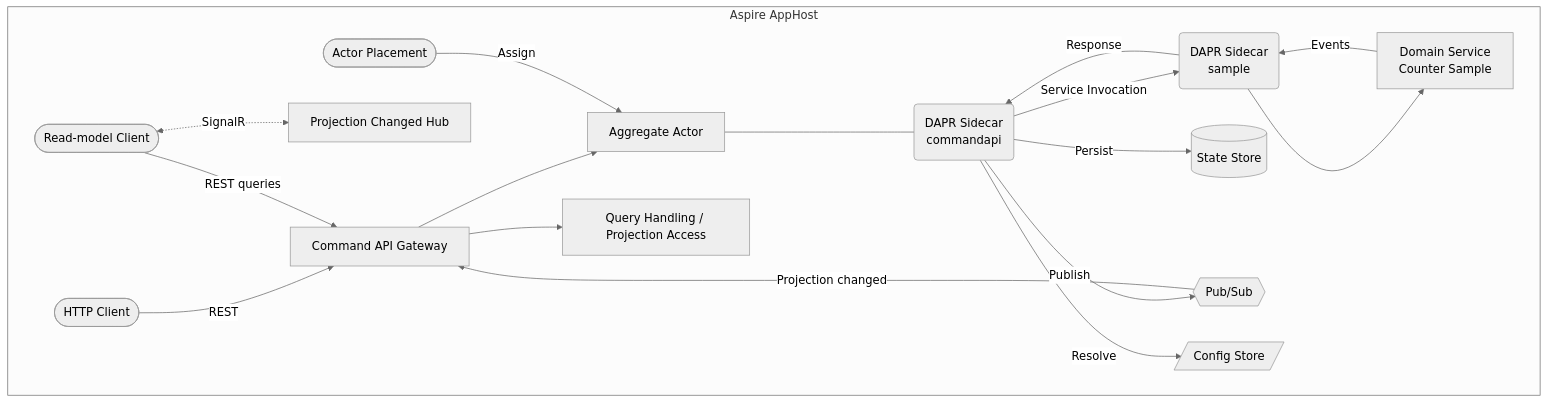
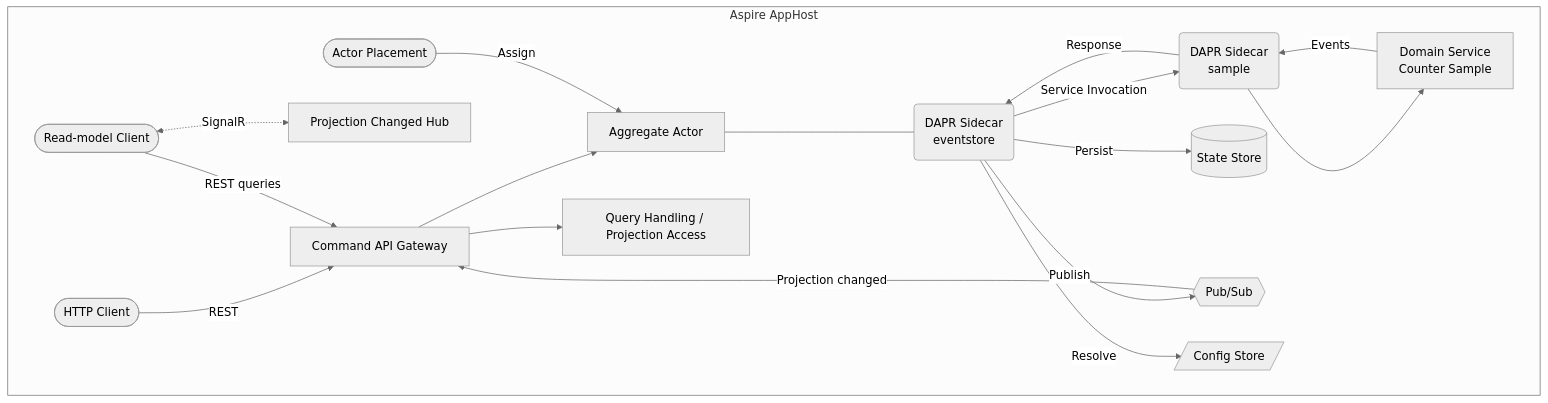
One commit to Hexalith/Hexalith.EventStore changed the first of 2 diagrams in docs/concepts/architecture-overview.md. Above: the diagram before and after it, drawn with Mermaid (neutral theme). The commit also changed other lines of this file and 299 other files, not shown here.

````diff
--- a/docs/concepts/architecture-overview.md
+++ b/docs/concepts/architecture-overview.md
@@ -19,32 +19,32 @@
 ```mermaid
 flowchart TB
     Client([HTTP Client])
     ReadClient([Read-model Client])
 
     subgraph AppHost["Aspire AppHost"]
-        CommandApi[Command API Gateway]
-        CmdSidecar(DAPR Sidecar<br/>commandapi)
+        EventStore[Command API Gateway]
+        CmdSidecar(DAPR Sidecar<br/>eventstore)
         Sample[Domain Service<br/>Counter Sample]
         SampleSidecar(DAPR Sidecar<br/>sample)
         Actor[Aggregate Actor]
         Query[Query Handling / Projection Access]
         SignalRHub[Projection Changed Hub]
         Placement([Actor Placement])
 
-        Client -->|REST| CommandApi
-        ReadClient -->|REST queries| CommandApi
+        Client -->|REST| EventStore
+        ReadClient -->|REST queries| EventStore
         ReadClient <-.->|SignalR| SignalRHub
-        CommandApi --> Actor
-        CommandApi --> Query
+        EventStore --> Actor
+        EventStore --> Query
         Actor --- CmdSidecar
         CmdSidecar -->|Service Invocation| SampleSidecar
         SampleSidecar --> Sample
         Sample -->|Events| SampleSidecar
         SampleSidecar -->|Response| CmdSidecar
         CmdSidecar -->|Persist| StateStore[(State Store)]
         CmdSidecar -->|Publish| PubSub{{Pub/Sub}}
-        PubSub -->|Projection changed| CommandApi
+        PubSub -->|Projection changed| EventStore
         CmdSidecar -->|Resolve| ConfigStore[/Config Store/]
         Placement -->|Assign| Actor
     end
 ```
````
